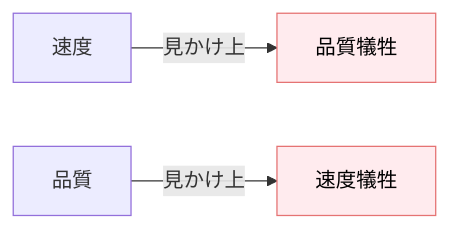
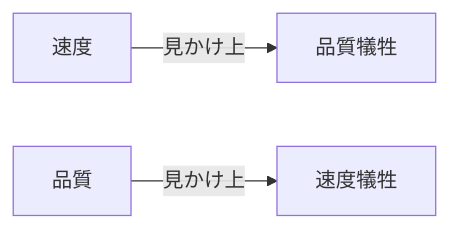
One commit to dinekt/dinekt-wiki changed the first of 4 diagrams in docs/concepts/ai-開発の速度と品質は両立できる.md. Above: the diagram before and after it, drawn with Mermaid. The commit also changed other lines of this file and 70 other files, not shown here.

First line of the commit message:
fix(mermaid): strip all inline styling, rely on theme

````diff
--- a/docs/concepts/ai-開発の速度と品質は両立できる.md
+++ b/docs/concepts/ai-開発の速度と品質は両立できる.md
@@ -25,8 +25,6 @@
 ```mermaid
 flowchart LR
     S[速度] -->|見かけ上| Q1[品質犠牲]
     Q[品質] -->|見かけ上| S1[速度犠牲]
 
-    style Q1 fill:#ffebee,stroke:#e57373,color:#000
-    style S1 fill:#ffebee,stroke:#e57373,color:#000
 ```
````
